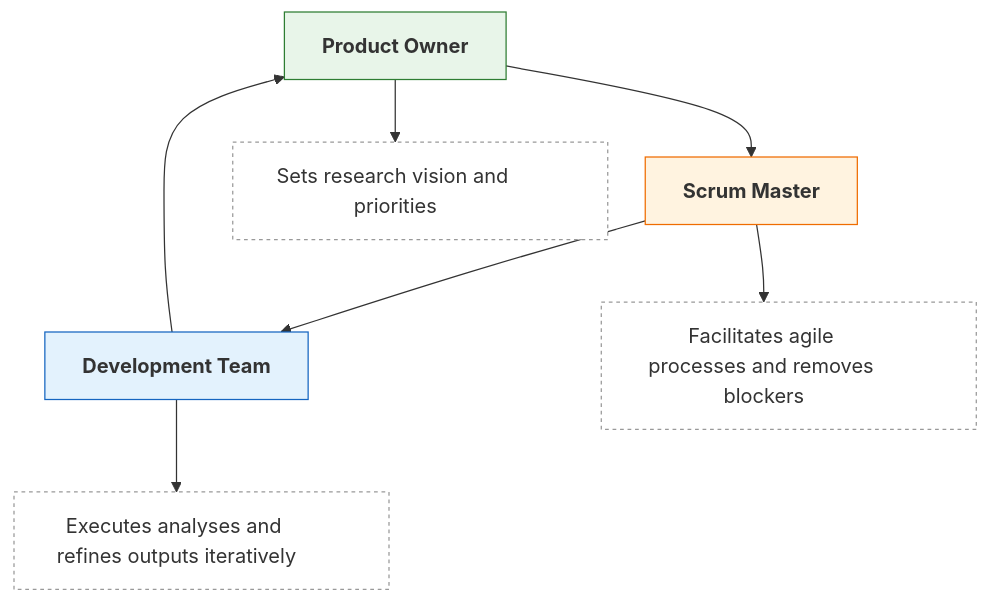
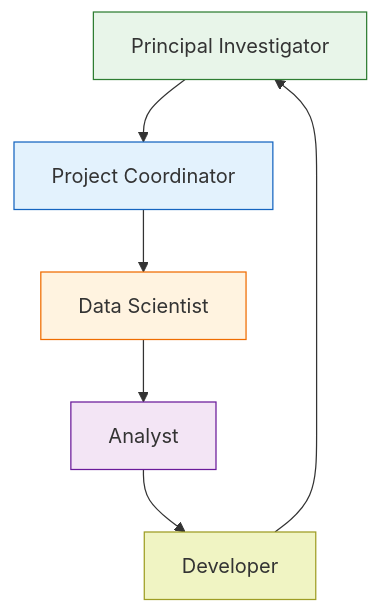
Before and after one commit to thomgiles/DSDSP: the third of 5 diagrams in training_site/essential_digital_skills/episodes/02-digital_delivery.qmd, drawn with Mermaid. The commit also changed other lines of this file and 6 other files, not shown here.

````diff
--- a/training_site/essential_digital_skills/episodes/02-digital_delivery.qmd
+++ b/training_site/essential_digital_skills/episodes/02-digital_delivery.qmd
@@ -247,29 +153,14 @@
 ```{mermaid}
 flowchart TB
-    %% Main role nodes (A–C)
-    A["<b>Product Owner</b>"]
-    B["<b>Scrum Master</b>"]
-    C["<b>Development Team</b>"]
+    PI[Principal Investigator] --> PM[Project Coordinator]
+    PM --> DS[Data Scientist]
+    DS --> AN[Analyst]
+    AN --> DV[Developer]
+    DV --> PI
 
-    %% Descriptive subnodes
-    A1["Sets research vision and priorities"]
-    B1["Facilitates agile processes and removes blockers"]
-    C1["Executes analyses and refines outputs iteratively"]
-
-    %% Flow connections (cyclic collaboration)
-    A --> B --> C --> A
-
-    %% Descriptive links
-    A --> A1
-    B --> B1
-    C --> C1
-
-    %% Styling for main nodes
-    style A fill:#E8F5E9,stroke:#2E7D32,stroke-width:1px
-    style B fill:#FFF3E0,stroke:#EF6C00,stroke-width:1px
-    style C fill:#E3F2FD,stroke:#1565C0,stroke-width:1px
-
-    %% Styling for descriptive nodes
-    classDef desc fill:#FFFFFF,stroke:#999,stroke-dasharray:3 3,width:300px;
-    class A1,B1,C1 desc;
+    style PI fill:#E8F5E9,stroke:#2E7D32,stroke-width:1px
+    style PM fill:#E3F2FD,stroke:#1565C0,stroke-width:1px
+    style DS fill:#FFF3E0,stroke:#EF6C00,stroke-width:1px
+    style AN fill:#F3E5F5,stroke:#6A1B9A,stroke-width:1px
+    style DV fill:#F0F4C3,stroke:#9E9D24,stroke-width:1px
 ```
````
